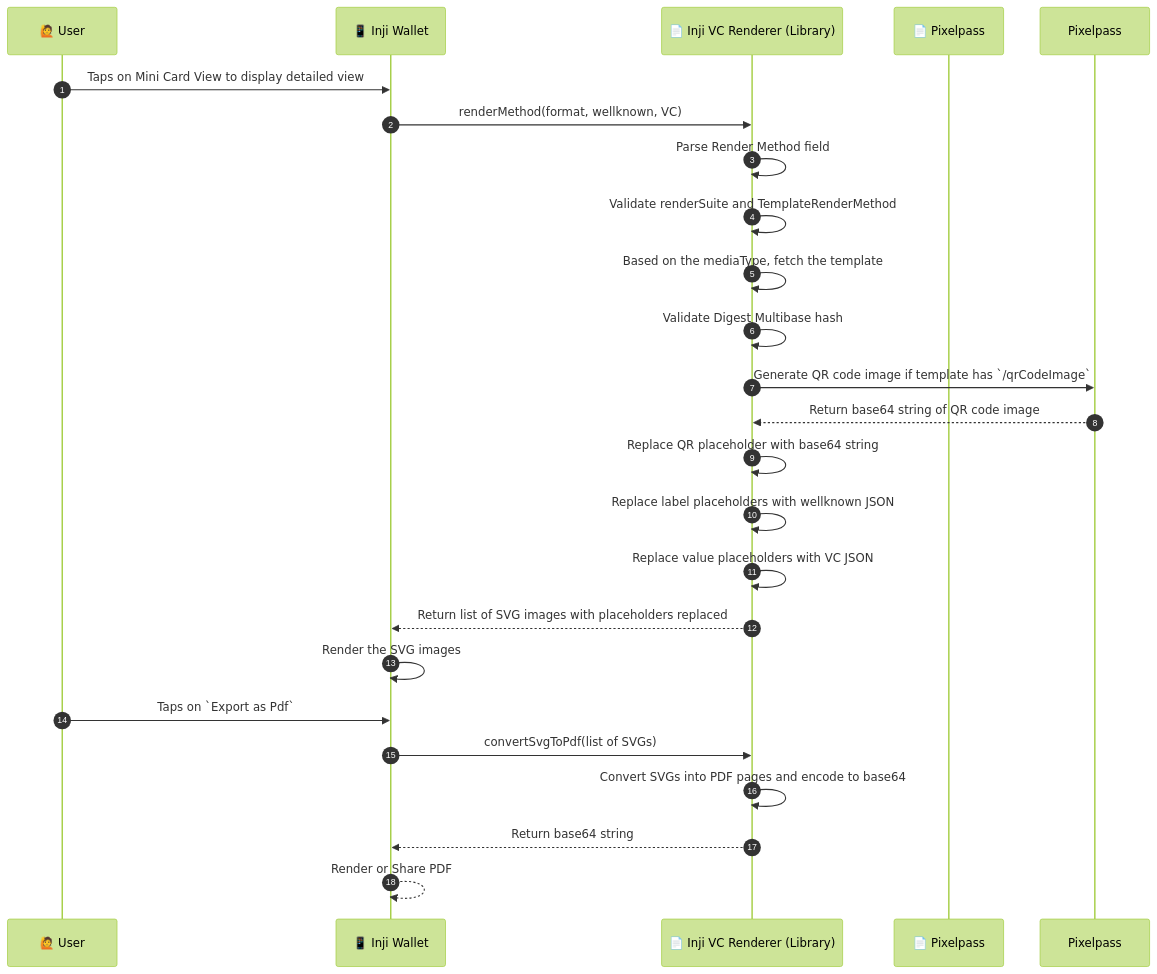
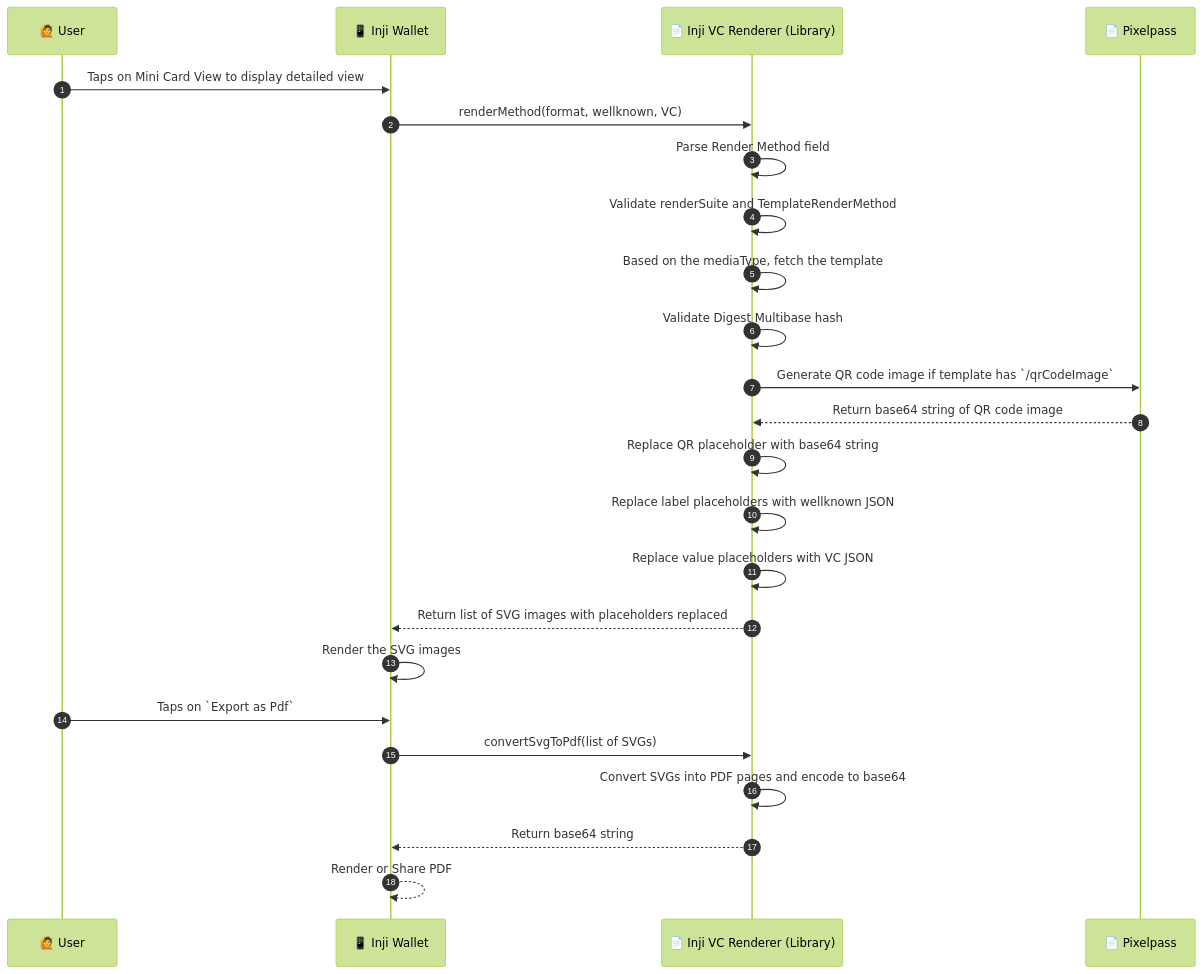
Before and after one commit to tw-mosip/inji-vc-renderer: the diagram in kotlin/docs/inji-vc-renderer-flow.md, drawn with Mermaid (forest theme).

Commit message:
[INJIMOB-3542]: Updated sequence diagram

````diff
--- a/kotlin/docs/inji-vc-renderer-flow.md
+++ b/kotlin/docs/inji-vc-renderer-flow.md
@@ -13,34 +13,33 @@
 ```mermaid
 sequenceDiagram
     autonumber
   participant User as 🙋 User
   participant Wallet as  📱 Inji Wallet
   participant Renderer_Lib as 📄 Inji VC Renderer (Library)
-  participant 📄 Pixelpass
+  participant Pixelpass as 📄 Pixelpass
 
     %% --- API: renderMethod ---
     User->>Wallet:Taps on Mini Card View to display detailed view
     Wallet->>Renderer_Lib: renderMethod(format, wellknown, VC)
     Renderer_Lib ->> Renderer_Lib: Parse Render Method field
     Renderer_Lib ->> Renderer_Lib: Validate renderSuite and TemplateRenderMethod
     Renderer_Lib ->> Renderer_Lib: Based on the mediaType, fetch the template
     Renderer_Lib ->> Renderer_Lib: Validate Digest Multibase hash
 
     Renderer_Lib ->> Pixelpass: Generate QR code image if template has `/qrCodeImage`
     Pixelpass -->> Renderer_Lib: Return base64 string of QR code image
     Renderer_Lib ->> Renderer_Lib: Replace QR placeholder with base64 string
     Renderer_Lib ->> Renderer_Lib: Replace label placeholders with wellknown JSON
     Renderer_Lib ->> Renderer_Lib: Replace value placeholders with VC JSON
 
 
     Renderer_Lib -->> Wallet: Return list of SVG images with placeholders replaced
     Wallet->>Wallet: Render the SVG images
 
     %% --- API: convertSvgToPdf ---
     User->>Wallet:Taps on `Export as Pdf`
     Wallet->>Renderer_Lib: convertSvgToPdf(list of SVGs)
     Renderer_Lib ->> Renderer_Lib: Convert SVGs into PDF pages and encode to base64
     Renderer_Lib -->> Wallet: Return base64 string
     Wallet -->> Wallet: Render or Share PDF
-
 ```
````
